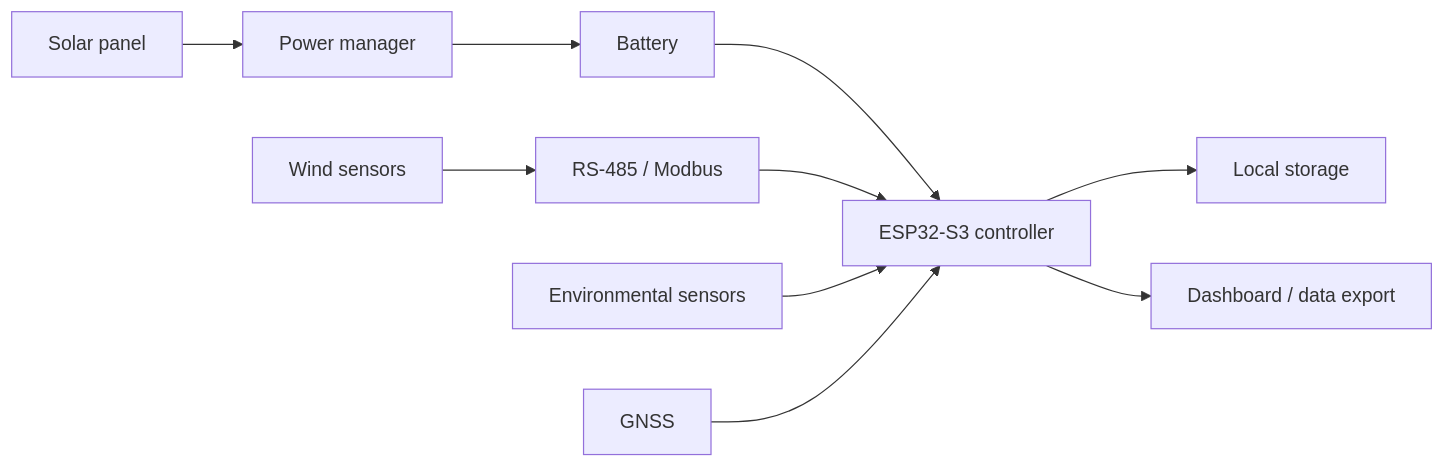
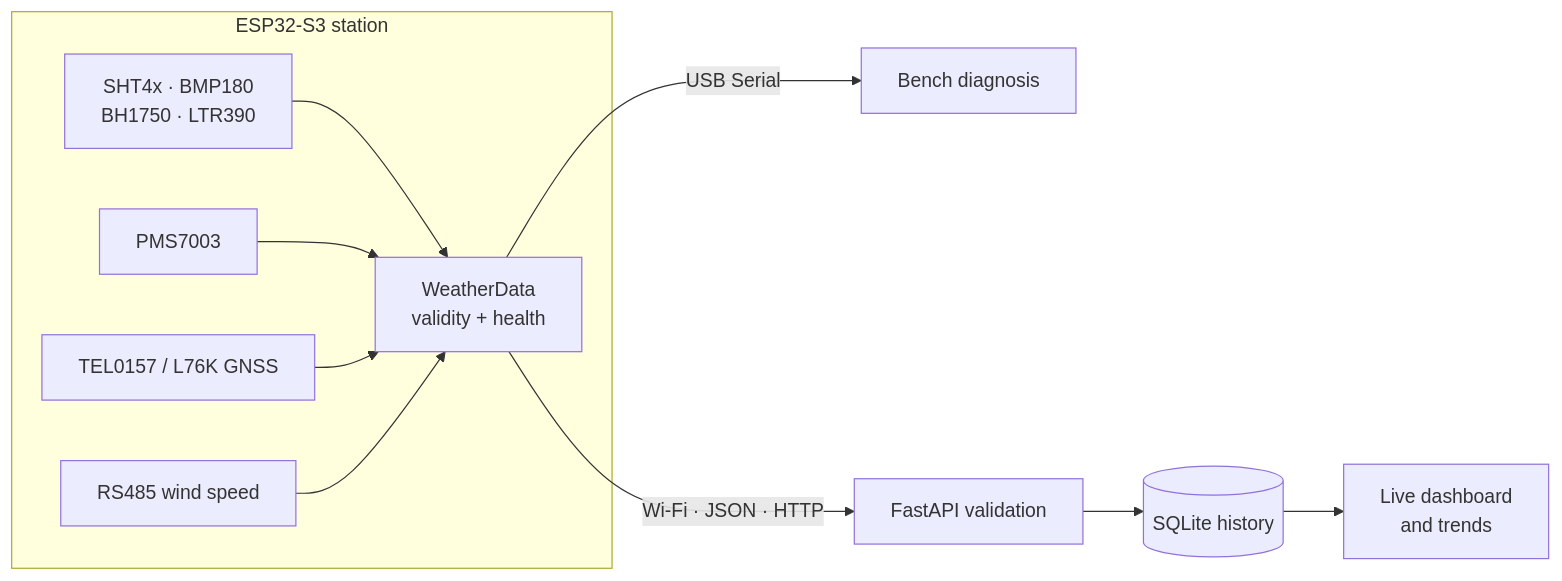
The diagram in README.md (Active-Learning-Kyle/solar-weather-station), drawn with Mermaid before and after one commit. The commit also changed other lines of this file and 218 other files, not shown here.

Commit message:
Publish the verified Solar Weather Station project

````diff
--- a/README.md
+++ b/README.md
@@ -43,11 +89,19 @@
 ```mermaid
 flowchart LR
-    S[Solar panel] --> P[Power manager]
-    P --> B[Battery]
-    B --> M[ESP32-S3 controller]
-    W[Wind sensors] --> R[RS-485 / Modbus] --> M
-    E[Environmental sensors] --> M
-    G[GNSS] --> M
-    M --> L[Local storage]
-    M --> D[Dashboard / data export]
+    subgraph Station[ESP32-S3 station]
+      I2C[SHT4x · BMP180<br/>BH1750 · LTR390]
+      PMS[PMS7003]
+      GPS[TEL0157 / L76K GNSS]
+      WIND[RS485 wind speed]
+      HEALTH[WeatherData<br/>validity + health]
+      I2C --> HEALTH
+      PMS --> HEALTH
+      GPS --> HEALTH
+      WIND --> HEALTH
+    end
+
+    HEALTH -->|USB Serial| OBSERVE[Bench diagnosis]
+    HEALTH -->|Wi-Fi · JSON · HTTP| API[FastAPI validation]
+    API --> DB[(SQLite history)]
+    DB --> UI[Live dashboard<br/>and trends]
 ```
````
